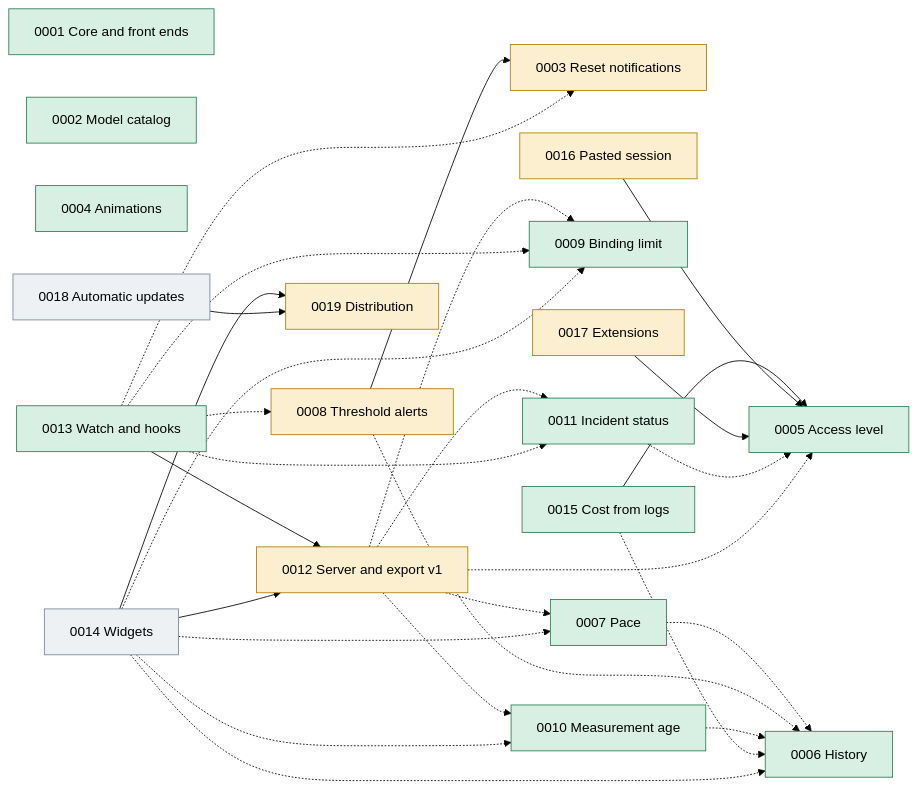
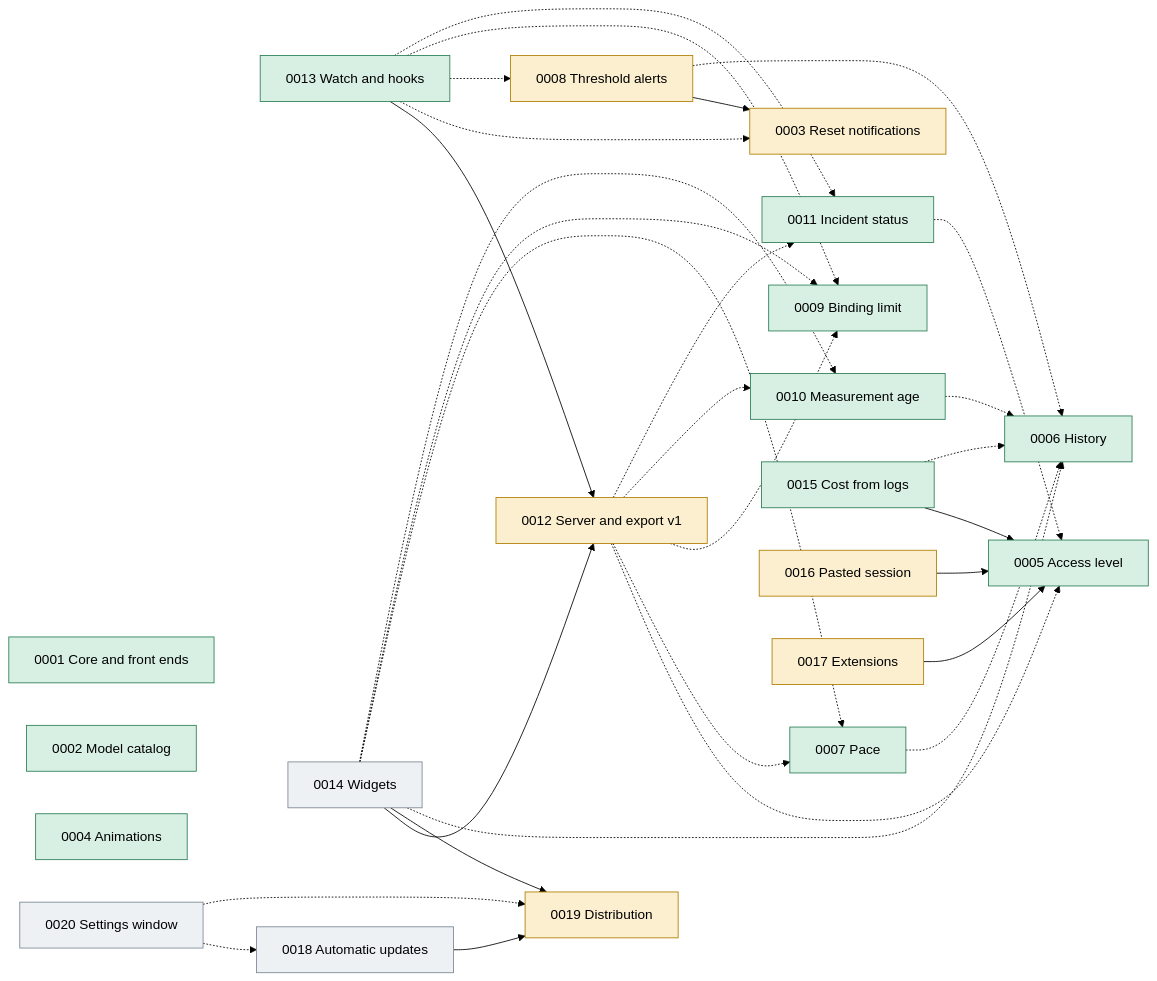
One commit to jmarcon/cuotai changed the diagram in docs/plans/0000_control.md. Above: the diagram before and after it, drawn with Mermaid (forest theme). The commit also changed other lines of this file and 3 other files, not shown here.

First line of the commit message:
docs(plans): add PRD 0020 for the settings window redesign

````diff
--- a/docs/plans/0000_control.md
+++ b/docs/plans/0000_control.md
@@ -118,54 +119,57 @@
 ```mermaid
 graph LR
   classDef done fill:#d8f0e4,stroke:#2a7d55
   classDef wip fill:#fbefcf,stroke:#b07d00
   classDef todo fill:#eef1f4,stroke:#7a8794
 
   P1["0001 Core and front ends"]:::done
   P2["0002 Model catalog"]:::done
   P3["0003 Reset notifications"]:::wip
   P4["0004 Animations"]:::done
   P5["0005 Access level"]:::done
   P6["0006 History"]:::done
   P7["0007 Pace"]:::done
   P8["0008 Threshold alerts"]:::wip
   P9["0009 Binding limit"]:::done
   P10["0010 Measurement age"]:::done
   P11["0011 Incident status"]:::done
   P12["0012 Server and export v1"]:::wip
   P13["0013 Watch and hooks"]:::done
   P14["0014 Widgets"]:::todo
   P15["0015 Cost from logs"]:::done
   P16["0016 Pasted session"]:::wip
   P17["0017 Extensions"]:::wip
   P18["0018 Automatic updates"]:::todo
   P19["0019 Distribution"]:::wip
+  P20["0020 Settings window"]:::todo
 
   P8 --> P3
   P13 --> P12
   P14 --> P12
   P14 --> P19
   P15 --> P5
   P16 --> P5
   P17 --> P5
   P18 --> P19
 
   P7 -.-> P6
   P8 -.-> P6
   P10 -.-> P6
   P11 -.-> P5
   P15 -.-> P6
   P12 -.-> P5
   P12 -.-> P7
   P12 -.-> P9
   P12 -.-> P10
   P12 -.-> P11
   P13 -.-> P3
   P13 -.-> P8
   P13 -.-> P9
   P13 -.-> P11
   P14 -.-> P6
   P14 -.-> P7
   P14 -.-> P9
   P14 -.-> P10
+  P20 -.-> P18
+  P20 -.-> P19
 ```
````
